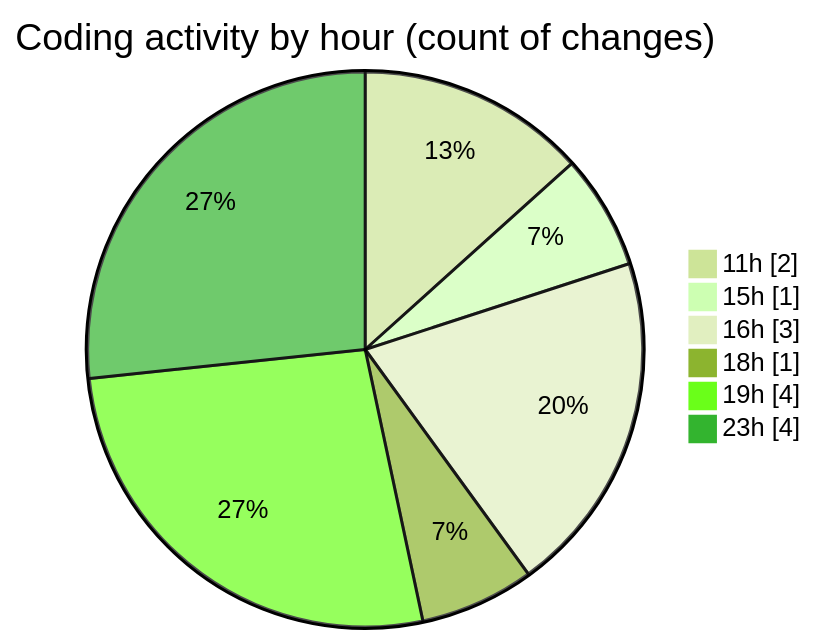
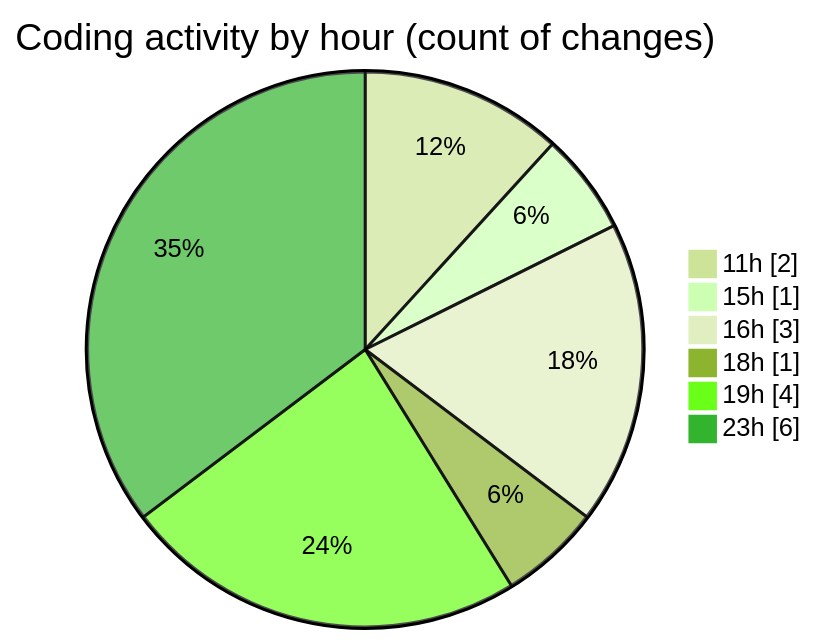
One commit to nxtqubesakshisongat/code-tracking changed the second of 2 diagrams in 2026-08-09/nxtqube_webapp/README.md. Above: the diagram before and after it, drawn with Mermaid (forest theme). The commit also changed other lines of this file and 1 other file, not shown here.

````diff
--- a/2026-08-09/nxtqube_webapp/README.md
+++ b/2026-08-09/nxtqube_webapp/README.md
@@ -32,10 +34,10 @@
 ```mermaid
 pie showData
 title Coding activity by hour (count of changes)
 "11h" : 2
 "15h" : 1
 "16h" : 3
 "18h" : 1
 "19h" : 4
-"23h" : 4
+"23h" : 6
 ```
````
